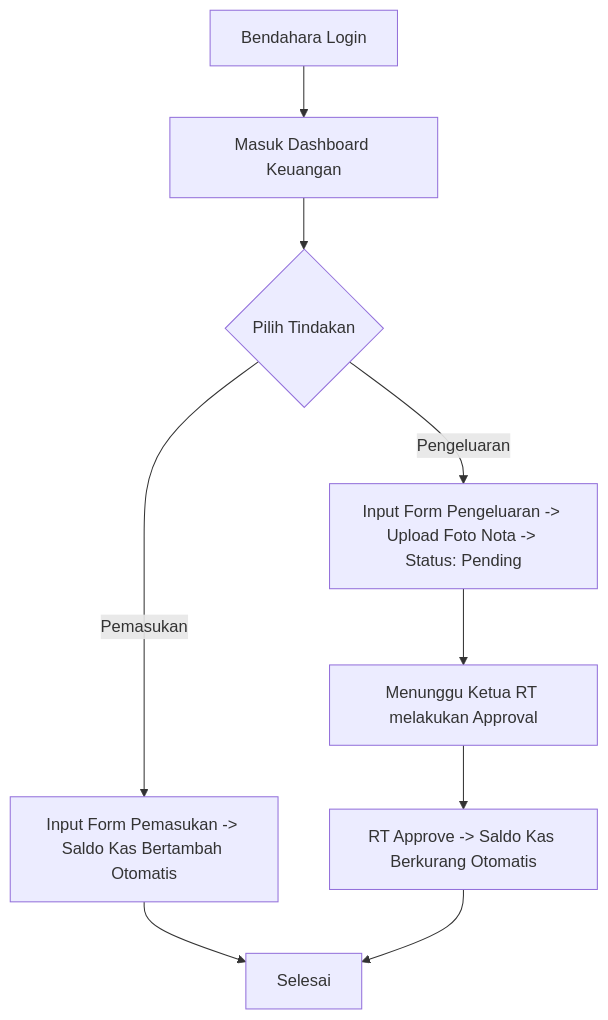
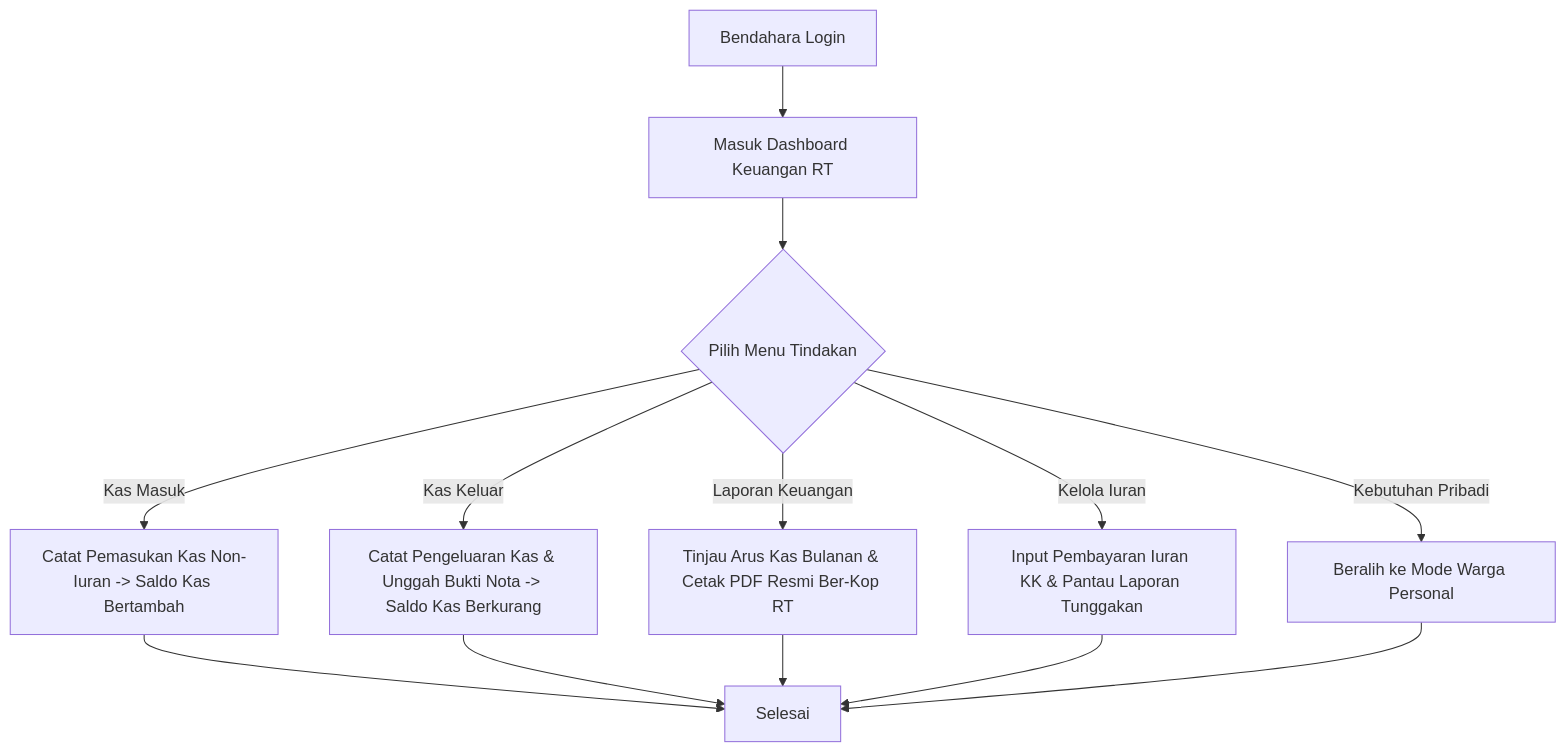
One commit to Araihan413/wargaku changed the first of 4 diagrams in docs/roles/bendahara.md. Above: the diagram before and after it, drawn with Mermaid. The commit also changed other lines of this file and 24 other files, not shown here.

````diff
--- a/docs/roles/bendahara.md
+++ b/docs/roles/bendahara.md
@@ -59,13 +74,17 @@
 ```mermaid
 flowchart TD
-    A[Bendahara Login] --> B[Masuk Dashboard Keuangan]
-    B --> C{Pilih Tindakan}
+    A[Bendahara Login] --> B[Masuk Dashboard Keuangan RT]
+    B --> C{Pilih Menu Tindakan}
     
-    C -->|Pemasukan| D[Input Form Pemasukan -> Saldo Kas Bertambah Otomatis]
-    C -->|Pengeluaran| E[Input Form Pengeluaran -> Upload Foto Nota -> Status: Pending]
-    E --> F[Menunggu Ketua RT melakukan Approval]
-    F --> G[RT Approve -> Saldo Kas Berkurang Otomatis]
+    C -->|Kas Masuk| D[Catat Pemasukan Kas Non-Iuran -> Saldo Kas Bertambah]
+    C -->|Kas Keluar| E[Catat Pengeluaran Kas & Unggah Bukti Nota -> Saldo Kas Berkurang]
+    C -->|Laporan Keuangan| F[Tinjau Arus Kas Bulanan & Cetak PDF Resmi Ber-Kop RT]
+    C -->|Kelola Iuran| G[Input Pembayaran Iuran KK & Pantau Laporan Tunggakan]
+    C -->|Kebutuhan Pribadi| H[Beralih ke Mode Warga Personal]
     
-    D --> H[Selesai]
-    G --> H
+    D --> I[Selesai]
+    E --> I
+    F --> I
+    G --> I
+    H --> I
 ```
````
